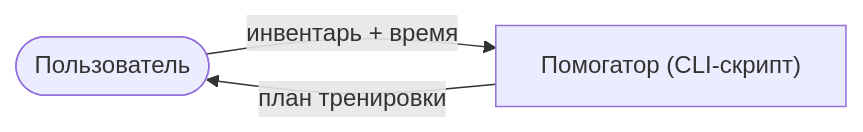
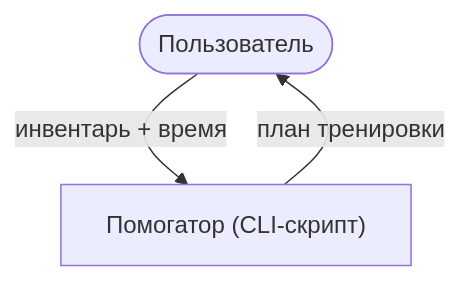
One commit to Bymazka/Project-of-UNN-Students changed the first of 2 diagrams in docs/Архитектура.md. Above: the diagram before and after it, drawn with Mermaid.

````diff
--- a/docs/Архитектура.md
+++ b/docs/Архитектура.md
@@ -9,5 +9,5 @@
 ```mermaid
-flowchart LR
+flowchart TB
     U([Пользователь]) -->|инвентарь + время| P["Помогатор (CLI-скрипт)"]
     P -->|план тренировки| U
 ```
````
